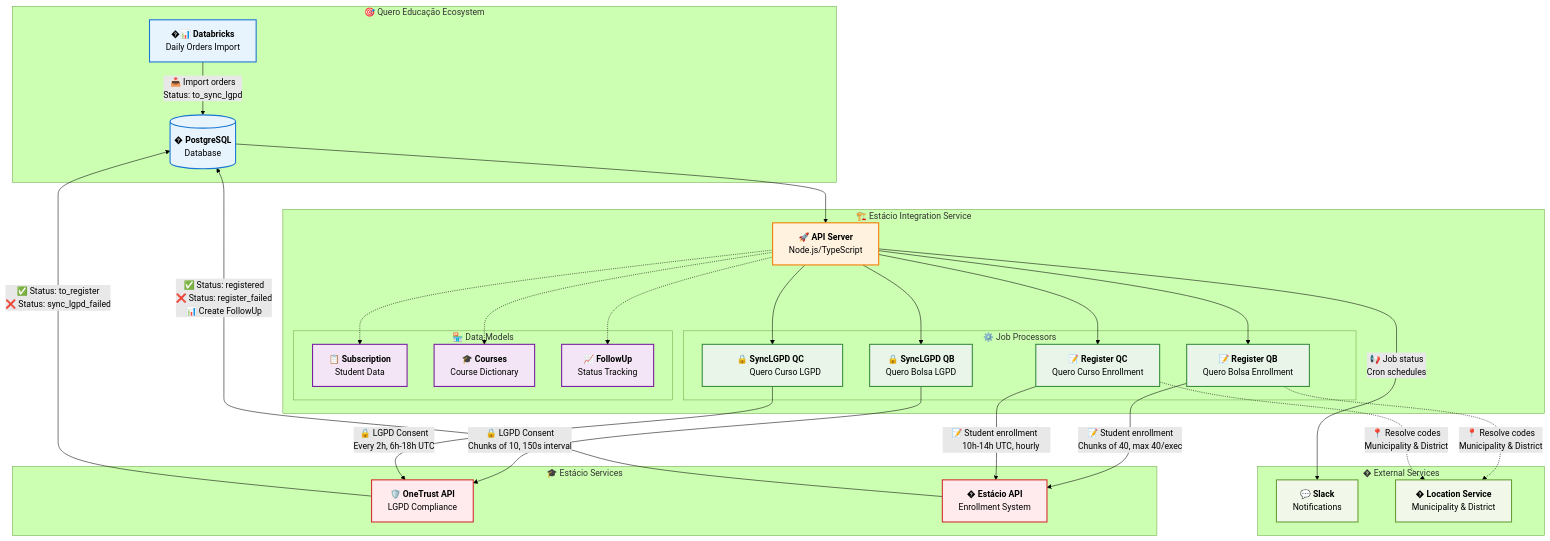
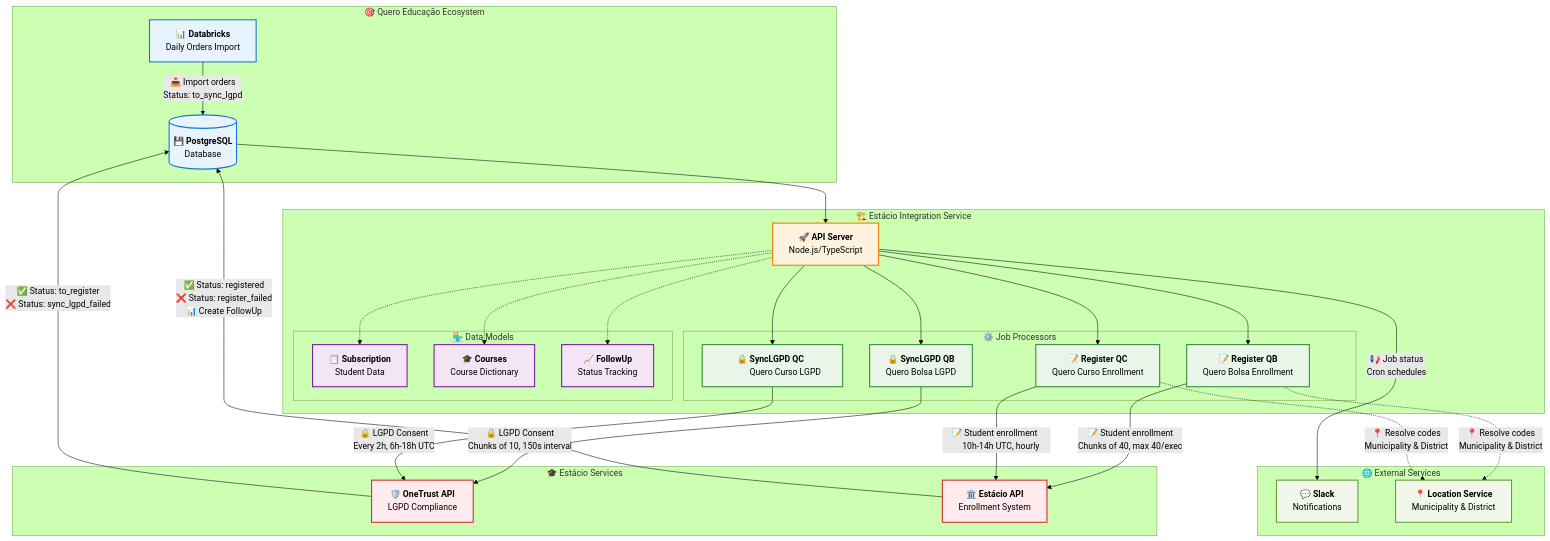
One commit to enogrob/project-qeevo-api-integrations-docs changed the first of 4 diagrams in contents/estacio-lead-integration.md. Above: the diagram before and after it, drawn with Mermaid (forest theme). The commit also changed other lines of this file and 3 other files, not shown here.

````diff
--- a/contents/estacio-lead-integration.md
+++ b/contents/estacio-lead-integration.md
@@ -53,9 +53,9 @@
 ```mermaid
 flowchart TD
     subgraph "🎯 Quero Educação Ecosystem"
-        DB[("`�️ **PostgreSQL**
+        DB[("`💾 **PostgreSQL**
         Database`")] 
-        DATABRICKS["`�📊 **Databricks**
+        DATABRICKS["`📊 **Databricks**
         Daily Orders Import`"]
     end
     
@@ -87,14 +87,14 @@
     subgraph "🎓 Estácio Services"
         ONETRUST["`🛡️ **OneTrust API**
         LGPD Compliance`"]
-        ESTACIO_API["`�️ **Estácio API**
+        ESTACIO_API["`🏛️ **Estácio API**
         Enrollment System`"]
     end
     
-    subgraph "� External Services"
+    subgraph "🌐 External Services"
         SLACK["`💬 **Slack**
         Notifications`"]
-        LOCATION["`� **Location Service**
+        LOCATION["`📍 **Location Service**
         Municipality & District`"]
     end
 
````
